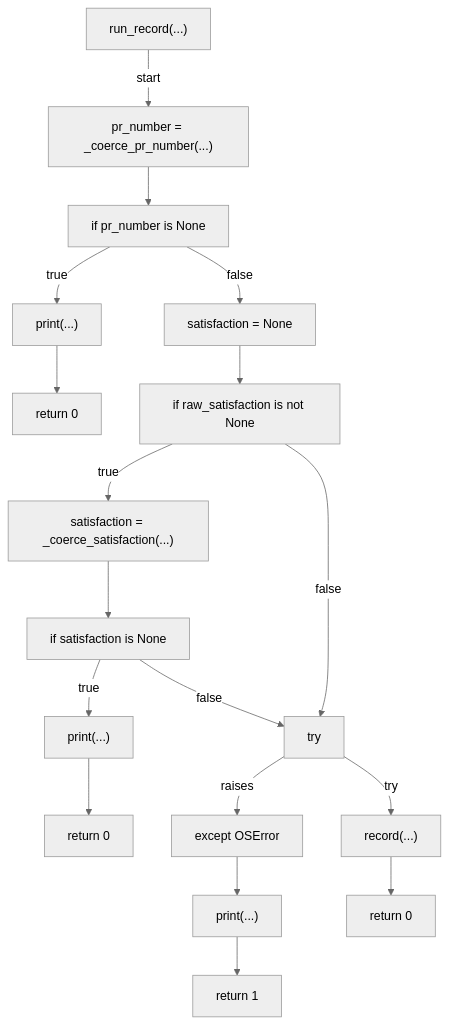
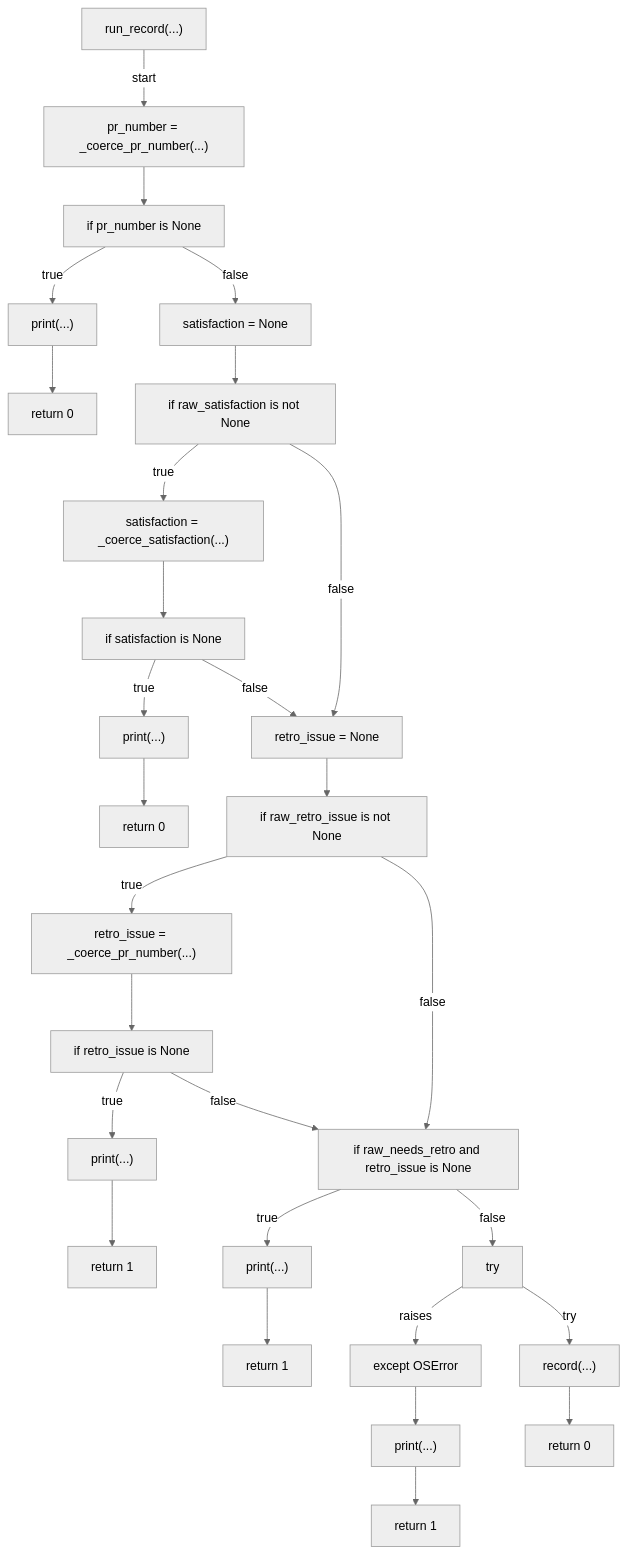
Diagram 11 of 12 in docs/generated/scripts/ast/gate_handoff_retro_survey_askuserquestion.md (tvna/claude-md), drawn with Mermaid (neutral theme) before and after one commit. The commit also changed other lines of this file and 2 other files, not shown here.

Commit message:
docs(generated): regenerate decision tree and workflow diagrams
Refs #960

````diff
--- a/docs/generated/scripts/ast/gate_handoff_retro_survey_askuserquestion.md
+++ b/docs/generated/scripts/ast/gate_handoff_retro_survey_askuserquestion.md
@@ -267,37 +277,56 @@
 ```mermaid
 flowchart TD
     N001["run_record(...)"]
     N002["pr_number = _coerce_pr_number(...)"]
     N003["if pr_number is None"]
     N004["print(...)"]
     N005["return 0"]
     N006["satisfaction = None"]
     N007["if raw_satisfaction is not None"]
     N008["satisfaction = _coerce_satisfaction(...)"]
     N009["if satisfaction is None"]
     N010["print(...)"]
     N011["return 0"]
-    N012["try"]
-    N013["record(...)"]
-    N014["except OSError"]
-    N015["print(...)"]
-    N016["return 1"]
-    N017["return 0"]
+    N012["retro_issue = None"]
+    N013["if raw_retro_issue is not None"]
+    N014["retro_issue = _coerce_pr_number(...)"]
+    N015["if retro_issue is None"]
+    N016["print(...)"]
+    N017["return 1"]
+    N018["if raw_needs_retro and retro_issue is None"]
+    N019["print(...)"]
+    N020["return 1"]
+    N021["try"]
+    N022["record(...)"]
+    N023["except OSError"]
+    N024["print(...)"]
+    N025["return 1"]
+    N026["return 0"]
     N001 -->|"start"| N002
     N002 --> N003
     N003 -->|"true"| N004
     N004 --> N005
     N003 -->|"false"| N006
     N006 --> N007
     N007 -->|"true"| N008
     N008 --> N009
     N009 -->|"true"| N010
     N010 --> N011
     N009 -->|"false"| N012
     N007 -->|"false"| N012
-    N012 -->|"try"| N013
-    N012 -->|"raises"| N014
+    N012 --> N013
+    N013 -->|"true"| N014
     N014 --> N015
-    N015 --> N016
-    N013 --> N017
+    N015 -->|"true"| N016
+    N016 --> N017
+    N015 -->|"false"| N018
+    N013 -->|"false"| N018
+    N018 -->|"true"| N019
+    N019 --> N020
+    N018 -->|"false"| N021
+    N021 -->|"try"| N022
+    N021 -->|"raises"| N023
+    N023 --> N024
+    N024 --> N025
+    N022 --> N026
 ```
````
